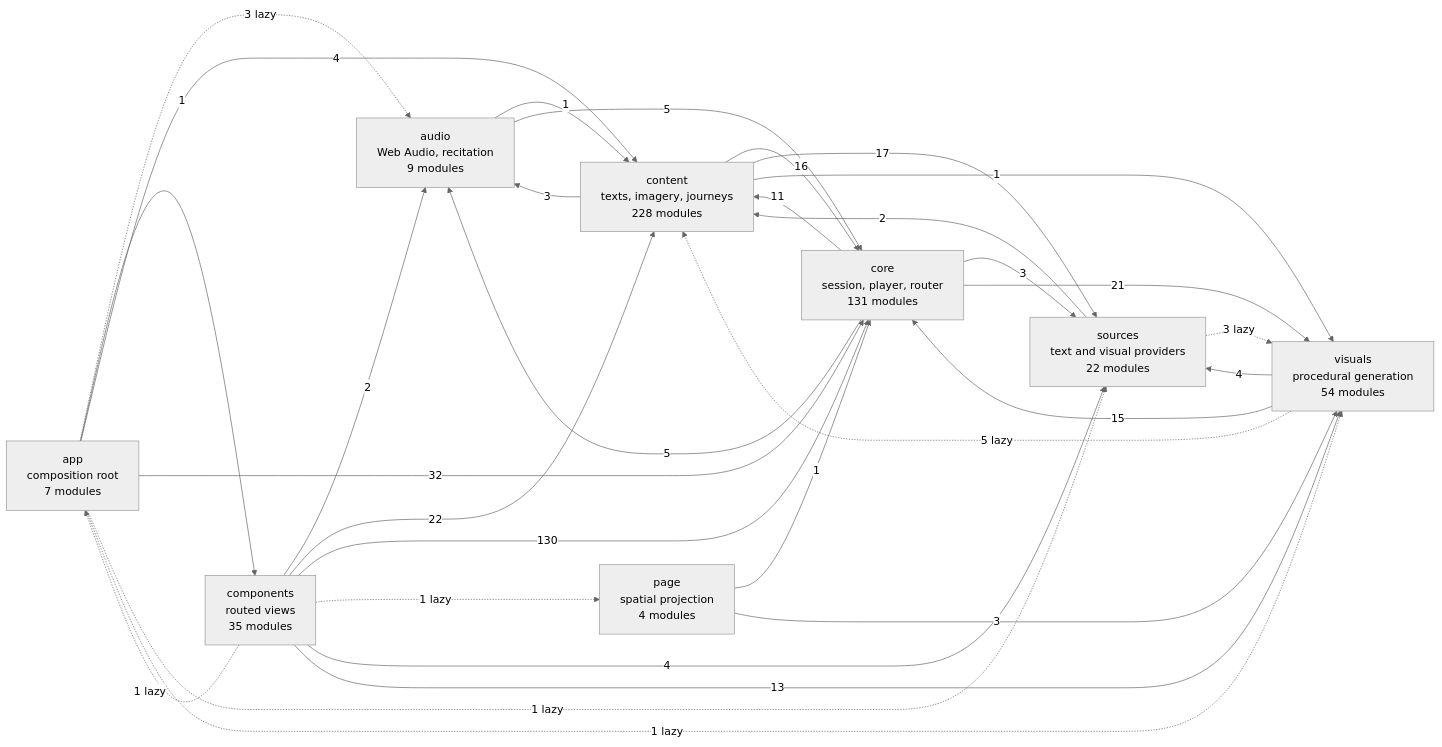
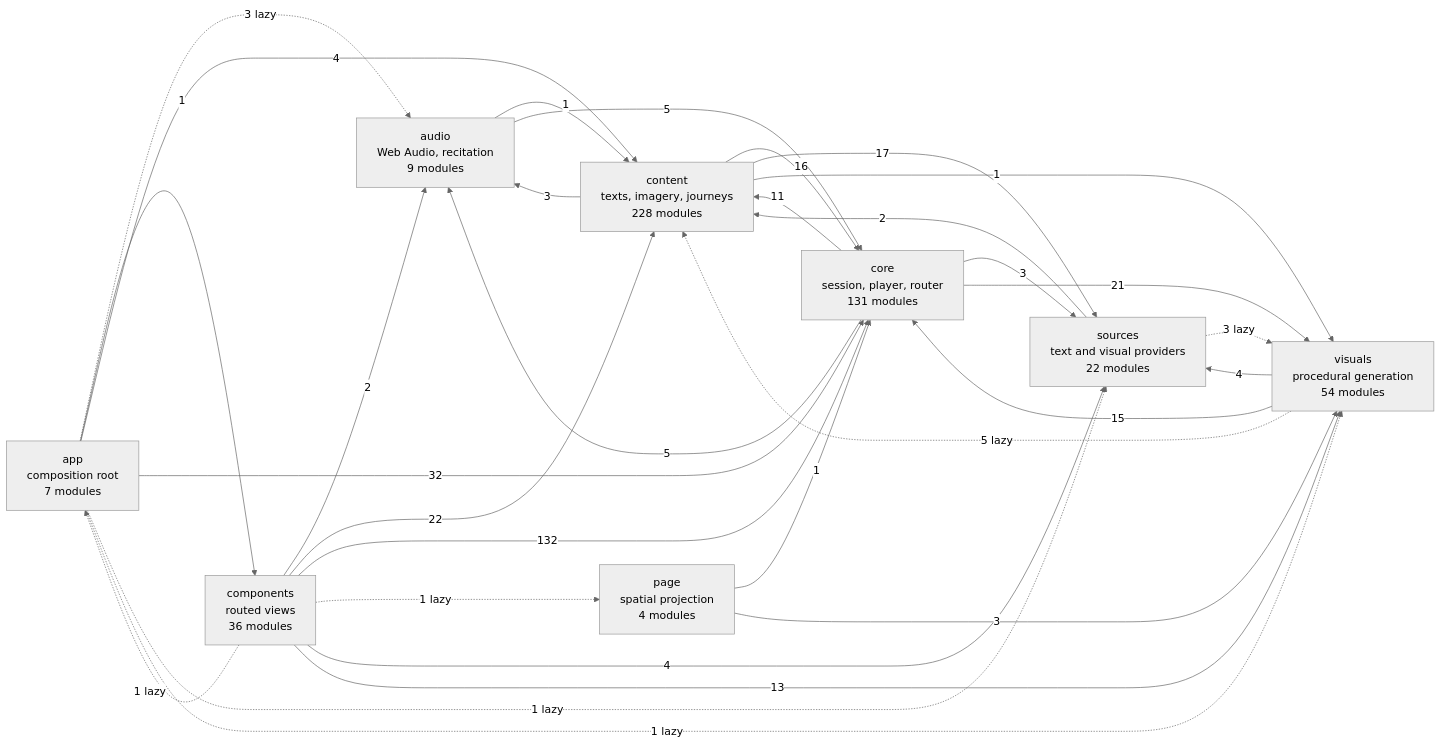
One commit to SyberLabs/RISE changed the diagram in docs/specs/ARCHITECTURE.md. Above: the diagram before and after it, drawn with Mermaid (neutral theme). The commit also changed other lines of this file and 37 other files, not shown here.

````diff
--- a/docs/specs/ARCHITECTURE.md
+++ b/docs/specs/ARCHITECTURE.md
@@ -160,42 +160,42 @@
 ```mermaid
 flowchart LR
     app["app<br/>composition root<br/>7 modules"]
     audio["audio<br/>Web Audio, recitation<br/>9 modules"]
-    components["components<br/>routed views<br/>35 modules"]
+    components["components<br/>routed views<br/>36 modules"]
     content["content<br/>texts, imagery, journeys<br/>228 modules"]
     core["core<br/>session, player, router<br/>131 modules"]
     page["page<br/>spatial projection<br/>4 modules"]
     sources["sources<br/>text and visual providers<br/>22 modules"]
     visuals["visuals<br/>procedural generation<br/>54 modules"]
 
     app -.-> |3 lazy| audio
     app --> |1| components
     app --> |4| content
     app --> |32| core
     app -.-> |1 lazy| sources
     app -.-> |1 lazy| visuals
     audio --> |1| content
     audio --> |5| core
     components -.-> |1 lazy| app
     components --> |2| audio
     components --> |22| content
-    components --> |130| core
+    components --> |132| core
     components -.-> |1 lazy| page
     components --> |4| sources
     components --> |13| visuals
     content --> |3| audio
     content --> |16| core
     content --> |17| sources
     content --> |1| visuals
     core --> |5| audio
     core --> |11| content
     core --> |3| sources
     core --> |21| visuals
     page --> |1| core
     page --> |3| visuals
     sources --> |2| content
     sources -.-> |3 lazy| visuals
     visuals -.-> |5 lazy| content
     visuals --> |15| core
     visuals --> |4| sources
 ```
````
